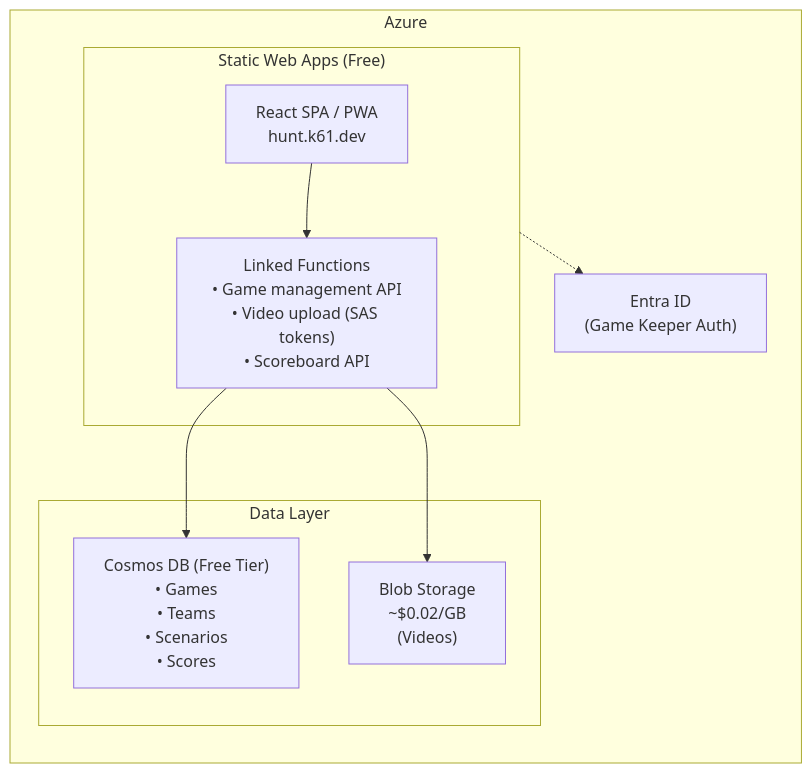
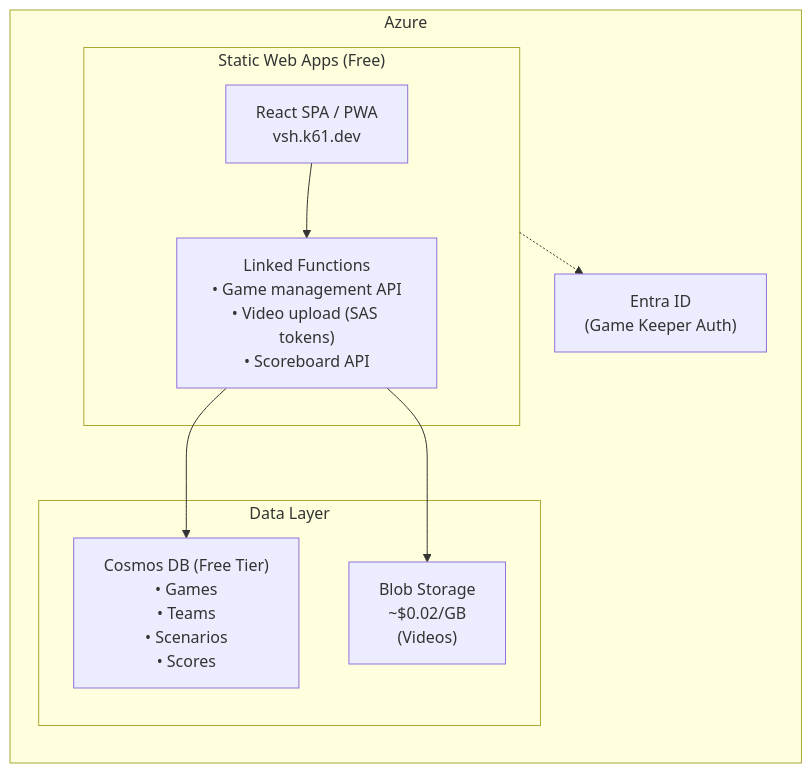
Before and after one commit to kurtzeborn/scavenger-hunt: the diagram in docs/plan.md, drawn with Mermaid. The commit also changed other lines of this file, not shown here.

Commit message:
Update domain from hunt.k61.dev to vsh.k61.dev

````diff
--- a/docs/plan.md
+++ b/docs/plan.md
@@ -87,21 +87,21 @@
 ```mermaid
 flowchart LR
     subgraph Azure["Azure"]
         subgraph SWA["Static Web Apps (Free)"]
-            PWA["React SPA / PWA<br/>hunt.k61.dev"]
+            PWA["React SPA / PWA<br/>vsh.k61.dev"]
             Functions["Linked Functions<br/>• Game management API<br/>• Video upload (SAS tokens)<br/>• Scoreboard API"]
         end
         
         subgraph Data["Data Layer"]
             Cosmos["Cosmos DB (Free Tier)<br/>• Games<br/>• Teams<br/>• Scenarios<br/>• Scores"]
             Blob["Blob Storage<br/>~$0.02/GB<br/>(Videos)"]
         end
         
         EntraID["Entra ID<br/>(Game Keeper Auth)"]
     end
     
     PWA --> Functions
     Functions --> Cosmos
     Functions --> Blob
     SWA -.-> EntraID
 ```
````
